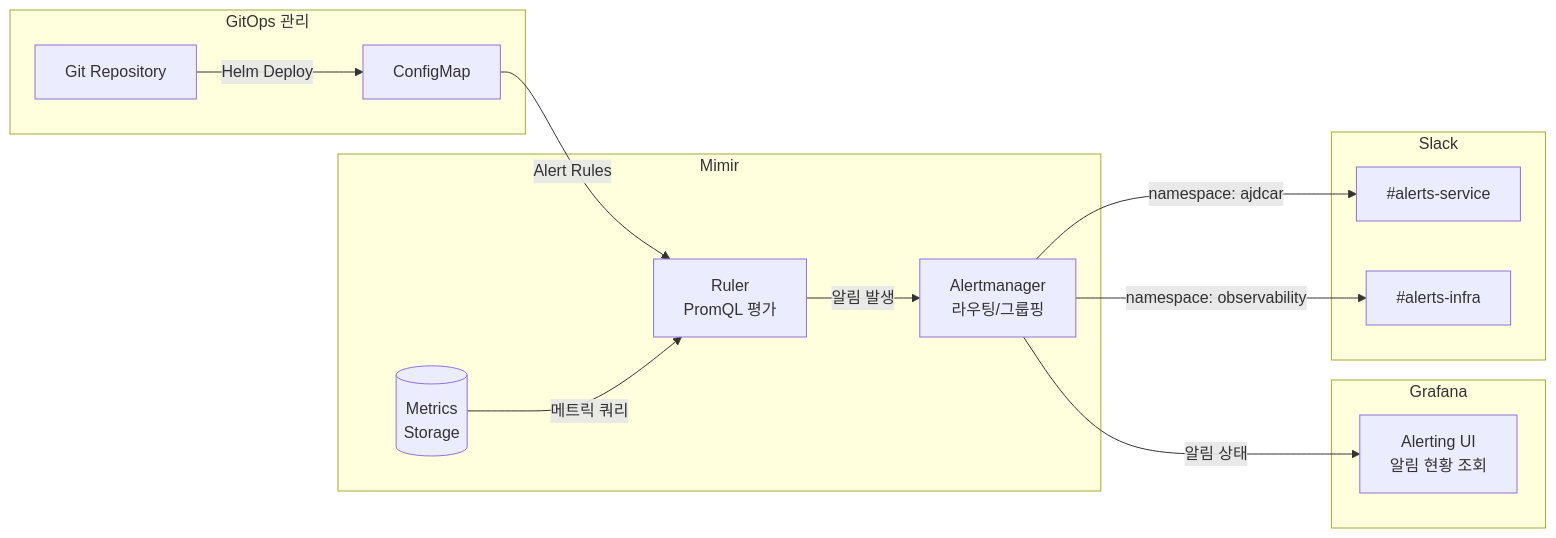
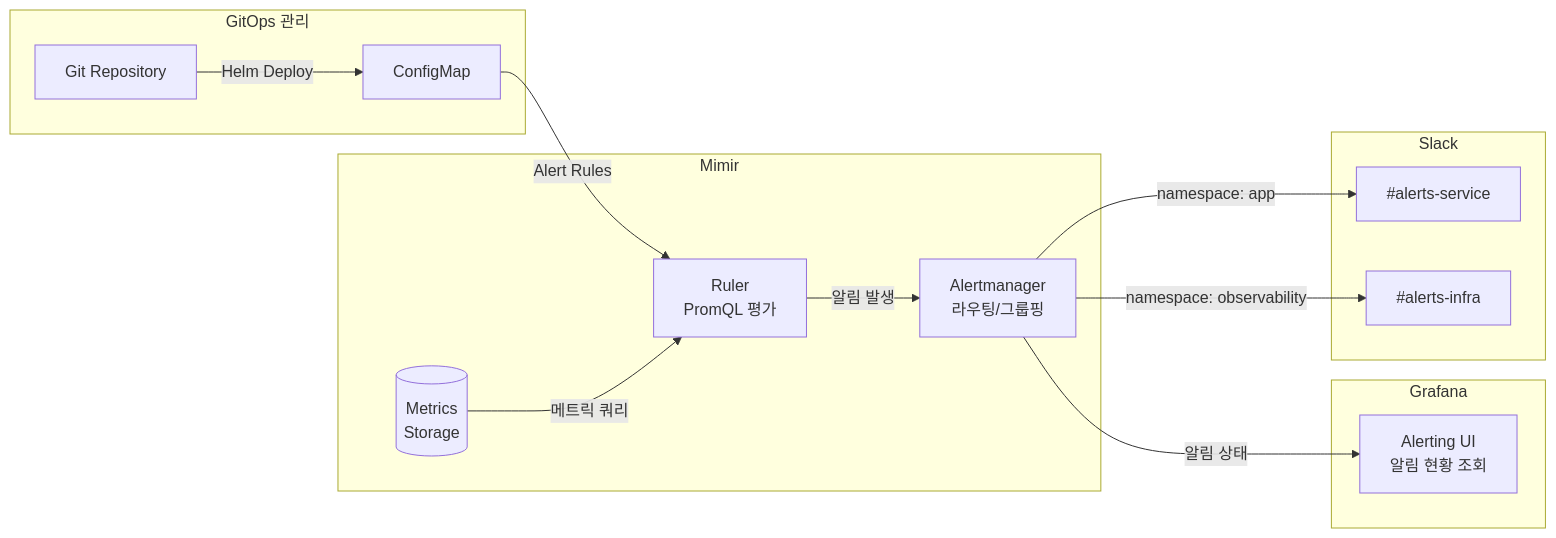
One commit to kimduksoo/duksoo-tech-blog changed the diagram in content/observability/alerting.md. Above: the diagram before and after it, drawn with Mermaid. The commit also changed 2 other files, not shown here.

Commit message:
회사 정보 제거: ajdcar→app, eks-blue→my-cluster

````diff
--- a/content/observability/alerting.md
+++ b/content/observability/alerting.md
@@ -15,30 +15,30 @@
 ```mermaid
 flowchart LR
     subgraph GitOps[GitOps 관리]
         Git[Git Repository]
         CM[ConfigMap]
     end
 
     subgraph Mimir[Mimir]
         Ruler[Ruler<br/>PromQL 평가]
         Storage[(Metrics<br/>Storage)]
         AM[Alertmanager<br/>라우팅/그룹핑]
     end
 
     subgraph Grafana[Grafana]
         AlertUI[Alerting UI<br/>알림 현황 조회]
     end
 
     subgraph Slack[Slack]
         Ch1[#alerts-service]
         Ch2[#alerts-infra]
     end
 
     Git -->|Helm Deploy| CM
     CM -->|Alert Rules| Ruler
     Storage -->|메트릭 쿼리| Ruler
     Ruler -->|알림 발생| AM
-    AM -->|namespace: ajdcar| Ch1
+    AM -->|namespace: app| Ch1
     AM -->|namespace: observability| Ch2
     AM -->|알림 상태| AlertUI
 ```
````
